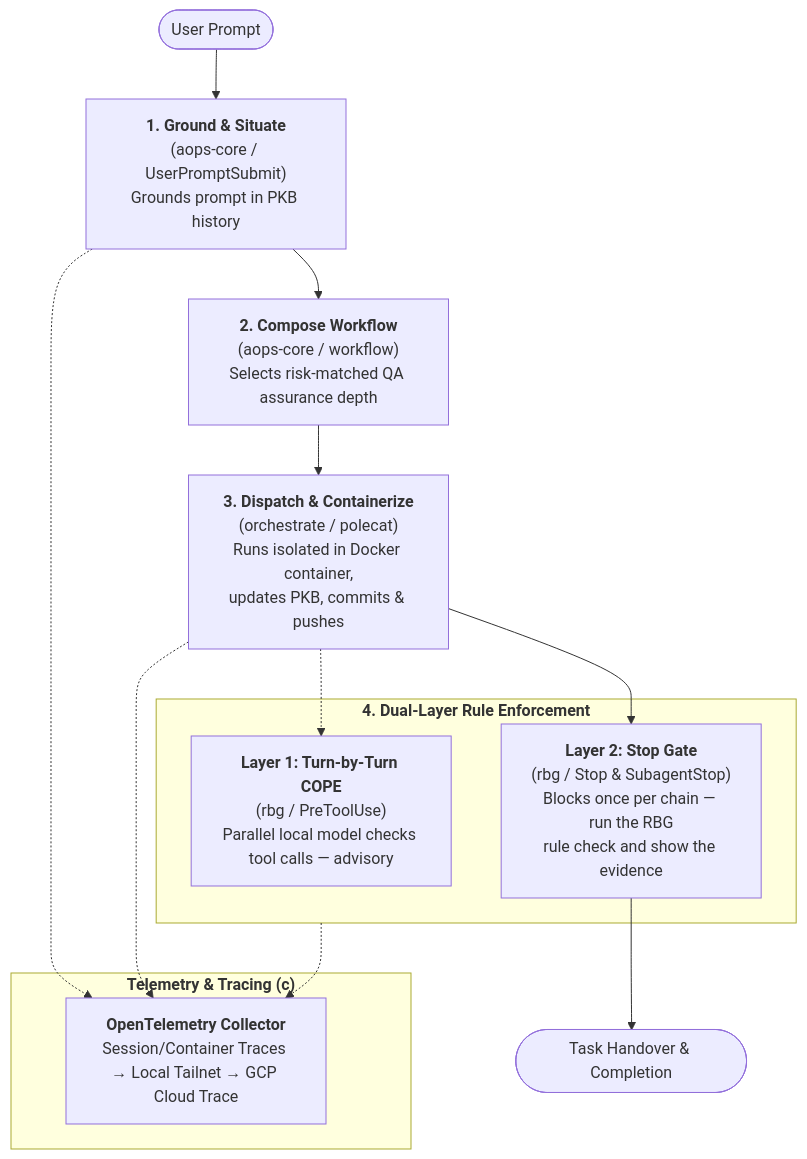
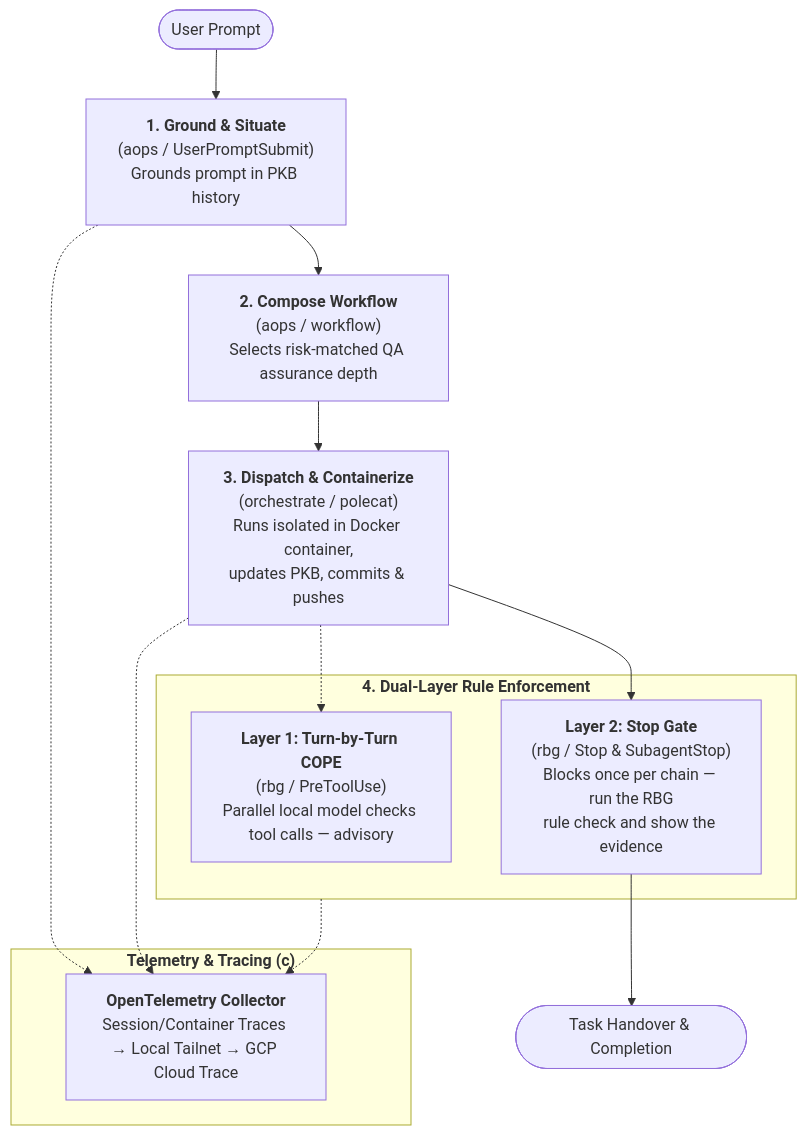
One commit to nicsuzor/academicOps changed the diagram in README.md. Above: the diagram before and after it, drawn with Mermaid. The commit also changed other lines of this file and 106 other files, not shown here.

Commit message:
rename the main plugin from 'aops-core' to 'aops' simpliciter

````diff
--- a/README.md
+++ b/README.md
@@ -14,23 +14,23 @@
 ```mermaid
 flowchart TD
-    U([User Prompt]) --> P1["<b>1. Ground & Situate</b><br/>(aops-core / UserPromptSubmit)<br/>Grounds prompt in PKB history"]
-    P1 --> P2["<b>2. Compose Workflow</b><br/>(aops-core / workflow)<br/>Selects risk-matched QA assurance depth"]
+    U([User Prompt]) --> P1["<b>1. Ground & Situate</b><br/>(aops / UserPromptSubmit)<br/>Grounds prompt in PKB history"]
+    P1 --> P2["<b>2. Compose Workflow</b><br/>(aops / workflow)<br/>Selects risk-matched QA assurance depth"]
     P2 --> P3["<b>3. Dispatch & Containerize</b><br/>(orchestrate / polecat)<br/>Runs isolated in Docker container,<br/>updates PKB, commits & pushes"]
     
     subgraph Enforcement["<b>4. Dual-Layer Rule Enforcement</b>"]
         E1["<b>Layer 1: Turn-by-Turn COPE</b><br/>(rbg / PreToolUse)<br/>Parallel local model checks tool calls — advisory"]
         E2["<b>Layer 2: Stop Gate</b><br/>(rbg / Stop & SubagentStop)<br/>Blocks once per chain — run the RBG<br/>rule check and show the evidence"]
     end
 
     P3 -.-> E1
     P3 --> E2
     E2 --> F([Task Handover & Completion])
 
     subgraph Tracing["<b>Telemetry & Tracing (c)</b>"]
         OTEL["<b>OpenTelemetry Collector</b><br/>Session/Container Traces → Local Tailnet → GCP Cloud Trace"]
     end
 
     P1 -.-> OTEL
     P3 -.-> OTEL
     Enforcement -.-> OTEL
 ```
````
